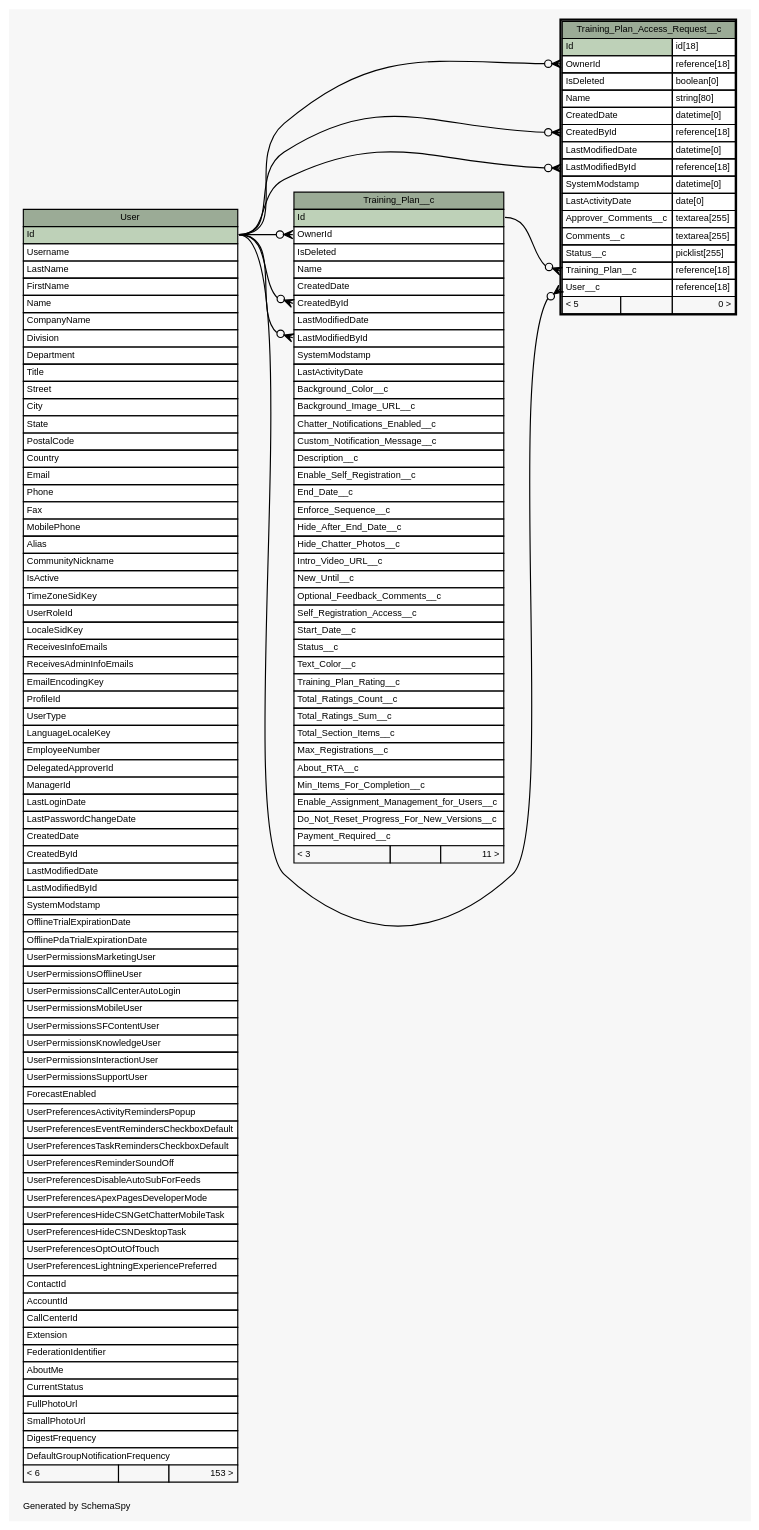
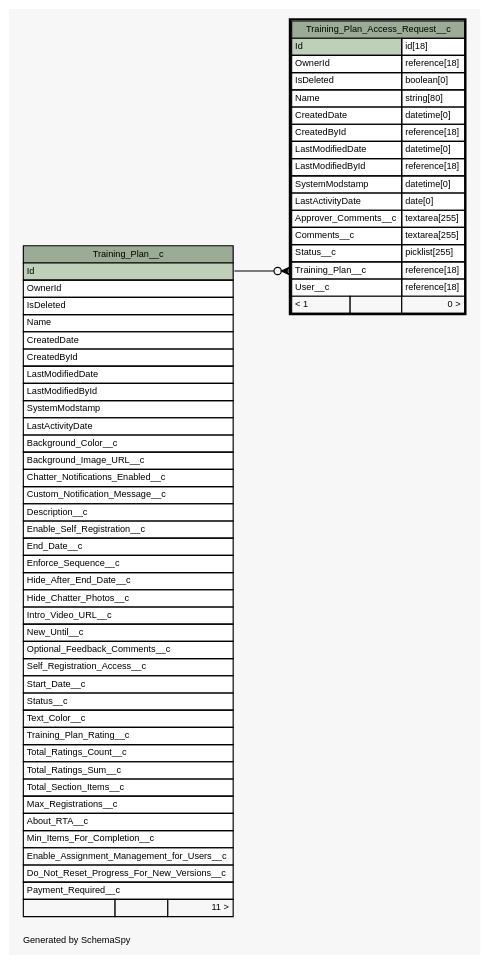
Before and after one commit to ScormAnywhere/learntrac.github.io: the diagram in diagrams/Training_Plan_Access_Request__c.1degree.dot, drawn with Graphviz. The commit also changed 289 other files, not shown here.

```diff
--- a/diagrams/Training_Plan_Access_Request__c.1degree.dot
+++ b/diagrams/Training_Plan_Access_Request__c.1degree.dot
@@ -19,14 +19,7 @@
   edge [
     arrowsize="0.8"
   ];
-  "Training_Plan__c":"CreatedById":w -> "User":"Id":e [arrowhead=none dir=back arrowtail=crowodot];
-  "Training_Plan__c":"LastModifiedById":w -> "User":"Id":e [arrowhead=none dir=back arrowtail=crowodot];
-  "Training_Plan__c":"OwnerId":w -> "User":"Id":e [arrowhead=none dir=back arrowtail=crowodot];
-  "Training_Plan_Access_Request__c":"CreatedById":w -> "User":"Id":e [arrowhead=none dir=back arrowtail=crowodot];
-  "Training_Plan_Access_Request__c":"LastModifiedById":w -> "User":"Id":e [arrowhead=none dir=back arrowtail=crowodot];
-  "Training_Plan_Access_Request__c":"OwnerId":w -> "User":"Id":e [arrowhead=none dir=back arrowtail=crowodot];
   "Training_Plan_Access_Request__c":"Training_Plan__c":w -> "Training_Plan__c":"Id":e [arrowhead=none dir=back arrowtail=crowodot];
-  "Training_Plan_Access_Request__c":"User__c":w -> "User":"Id":e [arrowhead=none dir=back arrowtail=crowodot];
   "Training_Plan__c" [
     label=<
     <TABLE BORDER="0" CELLBORDER="1" CELLSPACING="0" BGCOLOR="#ffffff">
@@ -68,7 +61,7 @@
       <TR><TD PORT="Enable_Assignment_Management_for_Users__c" COLSPAN="3" ALIGN="LEFT">Enable_Assignment_Management_for_Users__c</TD></TR>
       <TR><TD PORT="Do_Not_Reset_Progress_For_New_Versions__c" COLSPAN="3" ALIGN="LEFT">Do_Not_Reset_Progress_For_New_Versions__c</TD></TR>
       <TR><TD PORT="Payment_Required__c" COLSPAN="3" ALIGN="LEFT">Payment_Required__c</TD></TR>
-      <TR><TD ALIGN="LEFT" BGCOLOR="#f7f7f7">&lt; 3</TD><TD ALIGN="RIGHT" BGCOLOR="#f7f7f7">  </TD><TD ALIGN="RIGHT" BGCOLOR="#f7f7f7">11 &gt;</TD></TR>
+      <TR><TD ALIGN="LEFT" BGCOLOR="#f7f7f7">  </TD><TD ALIGN="RIGHT" BGCOLOR="#f7f7f7">  </TD><TD ALIGN="RIGHT" BGCOLOR="#f7f7f7">11 &gt;</TD></TR>
     </TABLE>>
     URL="Training_Plan__c.html"
     tooltip="Training_Plan__c"
@@ -92,90 +85,9 @@
       <TR><TD PORT="Status__c" COLSPAN="2" ALIGN="LEFT">Status__c</TD><TD PORT="Status__c.type" ALIGN="LEFT">picklist[255]</TD></TR>
       <TR><TD PORT="Training_Plan__c" COLSPAN="2" ALIGN="LEFT">Training_Plan__c</TD><TD PORT="Training_Plan__c.type" ALIGN="LEFT">reference[18]</TD></TR>
       <TR><TD PORT="User__c" COLSPAN="2" ALIGN="LEFT">User__c</TD><TD PORT="User__c.type" ALIGN="LEFT">reference[18]</TD></TR>
-      <TR><TD ALIGN="LEFT" BGCOLOR="#f7f7f7">&lt; 5</TD><TD ALIGN="RIGHT" BGCOLOR="#f7f7f7">  </TD><TD ALIGN="RIGHT" BGCOLOR="#f7f7f7">0 &gt;</TD></TR>
+      <TR><TD ALIGN="LEFT" BGCOLOR="#f7f7f7">&lt; 1</TD><TD ALIGN="RIGHT" BGCOLOR="#f7f7f7">  </TD><TD ALIGN="RIGHT" BGCOLOR="#f7f7f7">0 &gt;</TD></TR>
     </TABLE>>
     URL="Training_Plan_Access_Request__c.html"
     tooltip="Training_Plan_Access_Request__c"
   ];
-  "User" [
-    label=<
-    <TABLE BORDER="0" CELLBORDER="1" CELLSPACING="0" BGCOLOR="#ffffff">
-      <TR><TD COLSPAN="3" BGCOLOR="#9bab96" ALIGN="CENTER">User</TD></TR>
-      <TR><TD PORT="Id" COLSPAN="3" BGCOLOR="#bed1b8" ALIGN="LEFT">Id</TD></TR>
-      <TR><TD PORT="Username" COLSPAN="3" ALIGN="LEFT">Username</TD></TR>
-      <TR><TD PORT="LastName" COLSPAN="3" ALIGN="LEFT">LastName</TD></TR>
-      <TR><TD PORT="FirstName" COLSPAN="3" ALIGN="LEFT">FirstName</TD></TR>
-      <TR><TD PORT="Name" COLSPAN="3" ALIGN="LEFT">Name</TD></TR>
-      <TR><TD PORT="CompanyName" COLSPAN="3" ALIGN="LEFT">CompanyName</TD></TR>
-      <TR><TD PORT="Division" COLSPAN="3" ALIGN="LEFT">Division</TD></TR>
-      <TR><TD PORT="Department" COLSPAN="3" ALIGN="LEFT">Department</TD></TR>
-      <TR><TD PORT="Title" COLSPAN="3" ALIGN="LEFT">Title</TD></TR>
-      <TR><TD PORT="Street" COLSPAN="3" ALIGN="LEFT">Street</TD></TR>
-      <TR><TD PORT="City" COLSPAN="3" ALIGN="LEFT">City</TD></TR>
-      <TR><TD PORT="State" COLSPAN="3" ALIGN="LEFT">State</TD></TR>
-      <TR><TD PORT="PostalCode" COLSPAN="3" ALIGN="LEFT">PostalCode</TD></TR>
-      <TR><TD PORT="Country" COLSPAN="3" ALIGN="LEFT">Country</TD></TR>
-      <TR><TD PORT="Email" COLSPAN="3" ALIGN="LEFT">Email</TD></TR>
-      <TR><TD PORT="Phone" COLSPAN="3" ALIGN="LEFT">Phone</TD></TR>
-      <TR><TD PORT="Fax" COLSPAN="3" ALIGN="LEFT">Fax</TD></TR>
-      <TR><TD PORT="MobilePhone" COLSPAN="3" ALIGN="LEFT">MobilePhone</TD></TR>
-      <TR><TD PORT="Alias" COLSPAN="3" ALIGN="LEFT">Alias</TD></TR>
-      <TR><TD PORT="CommunityNickname" COLSPAN="3" ALIGN="LEFT">CommunityNickname</TD></TR>
-      <TR><TD PORT="IsActive" COLSPAN="3" ALIGN="LEFT">IsActive</TD></TR>
-      <TR><TD PORT="TimeZoneSidKey" COLSPAN="3" ALIGN="LEFT">TimeZoneSidKey</TD></TR>
-      <TR><TD PORT="UserRoleId" COLSPAN="3" ALIGN="LEFT">UserRoleId</TD></TR>
-      <TR><TD PORT="LocaleSidKey" COLSPAN="3" ALIGN="LEFT">LocaleSidKey</TD></TR>
-      <TR><TD PORT="ReceivesInfoEmails" COLSPAN="3" ALIGN="LEFT">ReceivesInfoEmails</TD></TR>
-      <TR><TD PORT="ReceivesAdminInfoEmails" COLSPAN="3" ALIGN="LEFT">ReceivesAdminInfoEmails</TD></TR>
-      <TR><TD PORT="EmailEncodingKey" COLSPAN="3" ALIGN="LEFT">EmailEncodingKey</TD></TR>
-      <TR><TD PORT="ProfileId" COLSPAN="3" ALIGN="LEFT">ProfileId</TD></TR>
-      <TR><TD PORT="UserType" COLSPAN="3" ALIGN="LEFT">UserType</TD></TR>
-      <TR><TD PORT="LanguageLocaleKey" COLSPAN="3" ALIGN="LEFT">LanguageLocaleKey</TD></TR>
-      <TR><TD PORT="EmployeeNumber" COLSPAN="3" ALIGN="LEFT">EmployeeNumber</TD></TR>
-      <TR><TD PORT="DelegatedApproverId" COLSPAN="3" ALIGN="LEFT">DelegatedApproverId</TD></TR>
-      <TR><TD PORT="ManagerId" COLSPAN="3" ALIGN="LEFT">ManagerId</TD></TR>
-      <TR><TD PORT="LastLoginDate" COLSPAN="3" ALIGN="LEFT">LastLoginDate</TD></TR>
-      <TR><TD PORT="LastPasswordChangeDate" COLSPAN="3" ALIGN="LEFT">LastPasswordChangeDate</TD></TR>
-      <TR><TD PORT="CreatedDate" COLSPAN="3" ALIGN="LEFT">CreatedDate</TD></TR>
-      <TR><TD PORT="CreatedById" COLSPAN="3" ALIGN="LEFT">CreatedById</TD></TR>
-      <TR><TD PORT="LastModifiedDate" COLSPAN="3" ALIGN="LEFT">LastModifiedDate</TD></TR>
-      <TR><TD PORT="LastModifiedById" COLSPAN="3" ALIGN="LEFT">LastModifiedById</TD></TR>
-      <TR><TD PORT="SystemModstamp" COLSPAN="3" ALIGN="LEFT">SystemModstamp</TD></TR>
-      <TR><TD PORT="OfflineTrialExpirationDate" COLSPAN="3" ALIGN="LEFT">OfflineTrialExpirationDate</TD></TR>
-      <TR><TD PORT="OfflinePdaTrialExpirationDate" COLSPAN="3" ALIGN="LEFT">OfflinePdaTrialExpirationDate</TD></TR>
-      <TR><TD PORT="UserPermissionsMarketingUser" COLSPAN="3" ALIGN="LEFT">UserPermissionsMarketingUser</TD></TR>
-      <TR><TD PORT="UserPermissionsOfflineUser" COLSPAN="3" ALIGN="LEFT">UserPermissionsOfflineUser</TD></TR>
-      <TR><TD PORT="UserPermissionsCallCenterAutoLogin" COLSPAN="3" ALIGN="LEFT">UserPermissionsCallCenterAutoLogin</TD></TR>
-      <TR><TD PORT="UserPermissionsMobileUser" COLSPAN="3" ALIGN="LEFT">UserPermissionsMobileUser</TD></TR>
-      <TR><TD PORT="UserPermissionsSFContentUser" COLSPAN="3" ALIGN="LEFT">UserPermissionsSFContentUser</TD></TR>
-      <TR><TD PORT="UserPermissionsKnowledgeUser" COLSPAN="3" ALIGN="LEFT">UserPermissionsKnowledgeUser</TD></TR>
-      <TR><TD PORT="UserPermissionsInteractionUser" COLSPAN="3" ALIGN="LEFT">UserPermissionsInteractionUser</TD></TR>
-      <TR><TD PORT="UserPermissionsSupportUser" COLSPAN="3" ALIGN="LEFT">UserPermissionsSupportUser</TD></TR>
-      <TR><TD PORT="ForecastEnabled" COLSPAN="3" ALIGN="LEFT">ForecastEnabled</TD></TR>
-      <TR><TD PORT="UserPreferencesActivityRemindersPopup" COLSPAN="3" ALIGN="LEFT">UserPreferencesActivityRemindersPopup</TD></TR>
-      <TR><TD PORT="UserPreferencesEventRemindersCheckboxDefault" COLSPAN="3" ALIGN="LEFT">UserPreferencesEventRemindersCheckboxDefault</TD></TR>
-      <TR><TD PORT="UserPreferencesTaskRemindersCheckboxDefault" COLSPAN="3" ALIGN="LEFT">UserPreferencesTaskRemindersCheckboxDefault</TD></TR>
-      <TR><TD PORT="UserPreferencesReminderSoundOff" COLSPAN="3" ALIGN="LEFT">UserPreferencesReminderSoundOff</TD></TR>
-      <TR><TD PORT="UserPreferencesDisableAutoSubForFeeds" COLSPAN="3" ALIGN="LEFT">UserPreferencesDisableAutoSubForFeeds</TD></TR>
-      <TR><TD PORT="UserPreferencesApexPagesDeveloperMode" COLSPAN="3" ALIGN="LEFT">UserPreferencesApexPagesDeveloperMode</TD></TR>
-      <TR><TD PORT="UserPreferencesHideCSNGetChatterMobileTask" COLSPAN="3" ALIGN="LEFT">UserPreferencesHideCSNGetChatterMobileTask</TD></TR>
-      <TR><TD PORT="UserPreferencesHideCSNDesktopTask" COLSPAN="3" ALIGN="LEFT">UserPreferencesHideCSNDesktopTask</TD></TR>
-      <TR><TD PORT="UserPreferencesOptOutOfTouch" COLSPAN="3" ALIGN="LEFT">UserPreferencesOptOutOfTouch</TD></TR>
-      <TR><TD PORT="UserPreferencesLightningExperiencePreferred" COLSPAN="3" ALIGN="LEFT">UserPreferencesLightningExperiencePreferred</TD></TR>
-      <TR><TD PORT="ContactId" COLSPAN="3" ALIGN="LEFT">ContactId</TD></TR>
-      <TR><TD PORT="AccountId" COLSPAN="3" ALIGN="LEFT">AccountId</TD></TR>
-      <TR><TD PORT="CallCenterId" COLSPAN="3" ALIGN="LEFT">CallCenterId</TD></TR>
-      <TR><TD PORT="Extension" COLSPAN="3" ALIGN="LEFT">Extension</TD></TR>
-      <TR><TD PORT="FederationIdentifier" COLSPAN="3" ALIGN="LEFT">FederationIdentifier</TD></TR>
-      <TR><TD PORT="AboutMe" COLSPAN="3" ALIGN="LEFT">AboutMe</TD></TR>
-      <TR><TD PORT="CurrentStatus" COLSPAN="3" ALIGN="LEFT">CurrentStatus</TD></TR>
-      <TR><TD PORT="FullPhotoUrl" COLSPAN="3" ALIGN="LEFT">FullPhotoUrl</TD></TR>
-      <TR><TD PORT="SmallPhotoUrl" COLSPAN="3" ALIGN="LEFT">SmallPhotoUrl</TD></TR>
-      <TR><TD PORT="DigestFrequency" COLSPAN="3" ALIGN="LEFT">DigestFrequency</TD></TR>
-      <TR><TD PORT="DefaultGroupNotificationFrequency" COLSPAN="3" ALIGN="LEFT">DefaultGroupNotificationFrequency</TD></TR>
-      <TR><TD ALIGN="LEFT" BGCOLOR="#f7f7f7">&lt; 6</TD><TD ALIGN="RIGHT" BGCOLOR="#f7f7f7">  </TD><TD ALIGN="RIGHT" BGCOLOR="#f7f7f7">153 &gt;</TD></TR>
-    </TABLE>>
-    URL="User.html"
-    tooltip="User"
-  ];
 }
```
